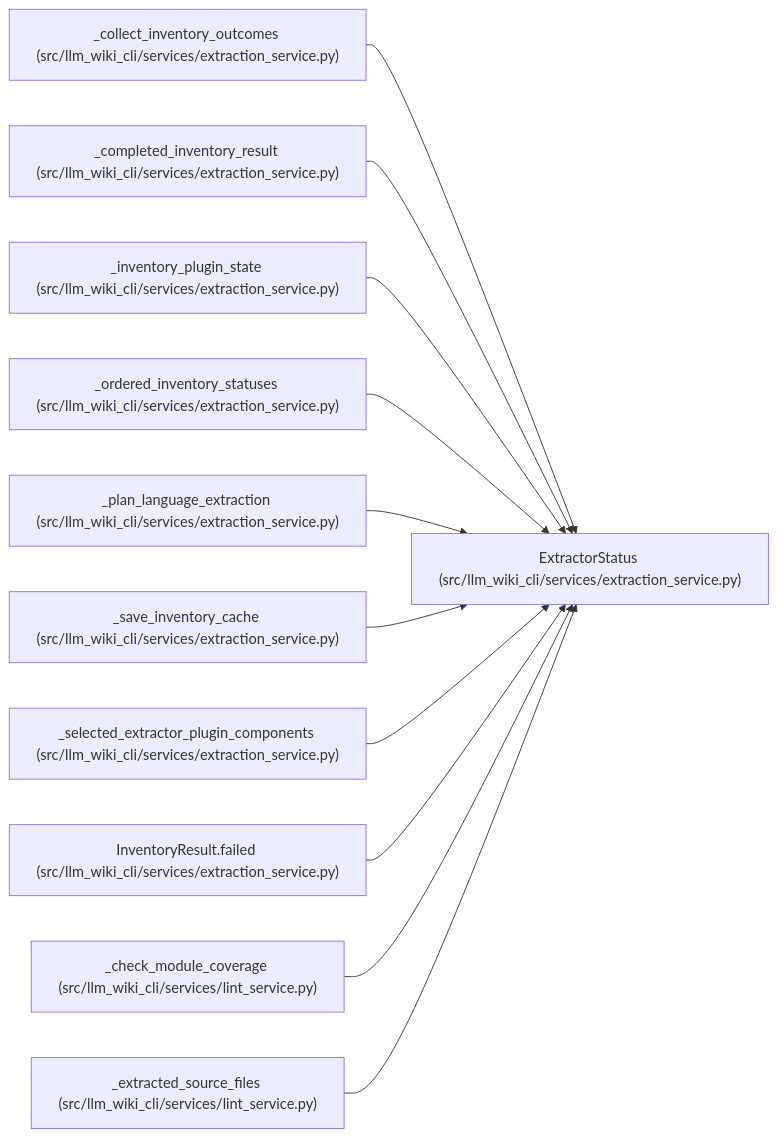
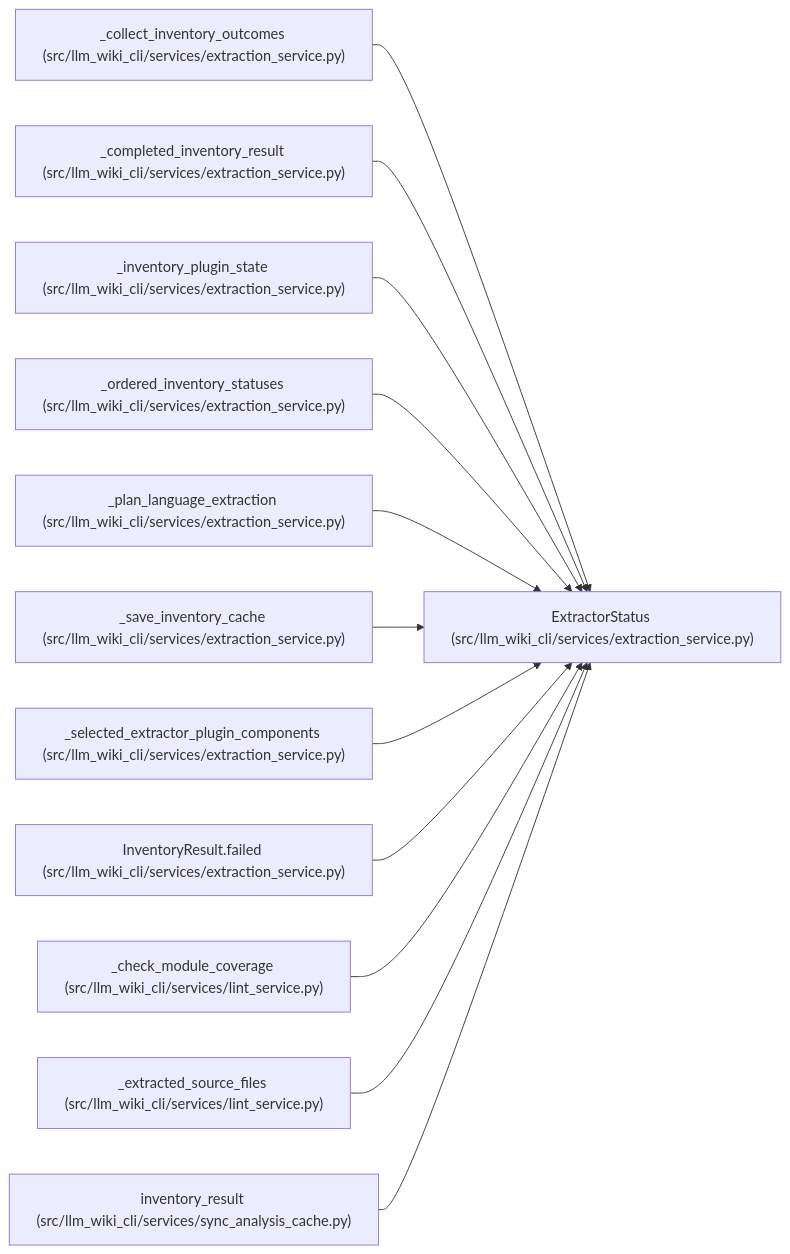
One commit to Denissvgn/python-wiki-llm changed the diagram in docs/llm_wiki/entities/ExtractorStatus.md. Above: the diagram before and after it, drawn with Mermaid. The commit also changed other lines of this file and 462 other files, not shown here.

Commit message:
Reuse authenticated analysis for Markdown wiki syncs

````diff
--- a/docs/llm_wiki/entities/ExtractorStatus.md
+++ b/docs/llm_wiki/entities/ExtractorStatus.md
@@ -30,35 +30,38 @@
 ```mermaid
 flowchart LR
     n0["ExtractorStatus (src/llm_wiki_cli/services/extraction_service.py)"]
     n1["_collect_inventory_outcomes (src/llm_wiki_cli/services/extraction_service.py)"]
     n2["_completed_inventory_result (src/llm_wiki_cli/services/extraction_service.py)"]
     n3["_inventory_plugin_state (src/llm_wiki_cli/services/extraction_service.py)"]
     n4["_ordered_inventory_statuses (src/llm_wiki_cli/services/extraction_service.py)"]
     n5["_plan_language_extraction (src/llm_wiki_cli/services/extraction_service.py)"]
     n6["_save_inventory_cache (src/llm_wiki_cli/services/extraction_service.py)"]
     n7["_selected_extractor_plugin_components (src/llm_wiki_cli/services/extraction_service.py)"]
     n8["InventoryResult.failed (src/llm_wiki_cli/services/extraction_service.py)"]
     n9["_check_module_coverage (src/llm_wiki_cli/services/lint_service.py)"]
     n10["_extracted_source_files (src/llm_wiki_cli/services/lint_service.py)"]
+    n11["inventory_result (src/llm_wiki_cli/services/sync_analysis_cache.py)"]
     n1 --> n0
     n2 --> n0
     n3 --> n0
     n4 --> n0
     n5 --> n0
     n6 --> n0
     n7 --> n0
     n8 --> n0
     n9 --> n0
     n10 --> n0
+    n11 --> n0
     click n0 "../modules/extraction_service.md"
     click n1 "../modules/extraction_service.md"
     click n2 "../modules/extraction_service.md"
     click n3 "../modules/extraction_service.md"
     click n4 "../modules/extraction_service.md"
     click n5 "../modules/extraction_service.md"
     click n6 "../modules/extraction_service.md"
     click n7 "../modules/extraction_service.md"
     click n8 "../modules/extraction_service.md"
     click n9 "../modules/lint_service.md"
     click n10 "../modules/lint_service.md"
+    click n11 "../modules/sync_analysis_cache.md"
 ```
````
